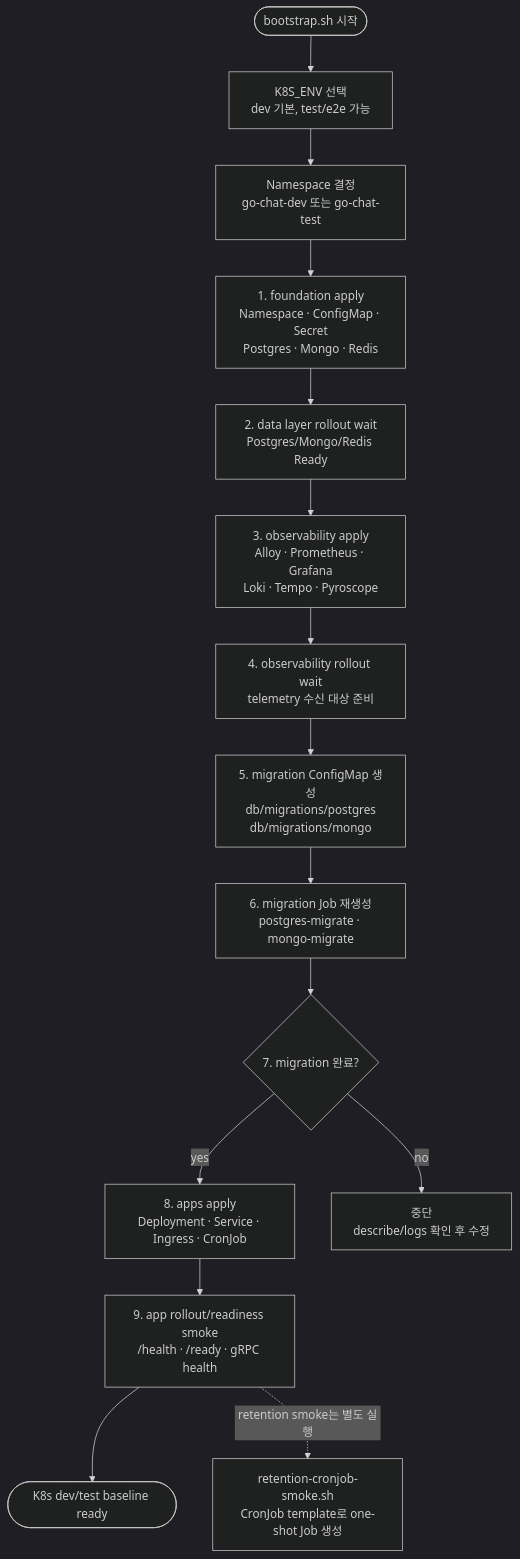
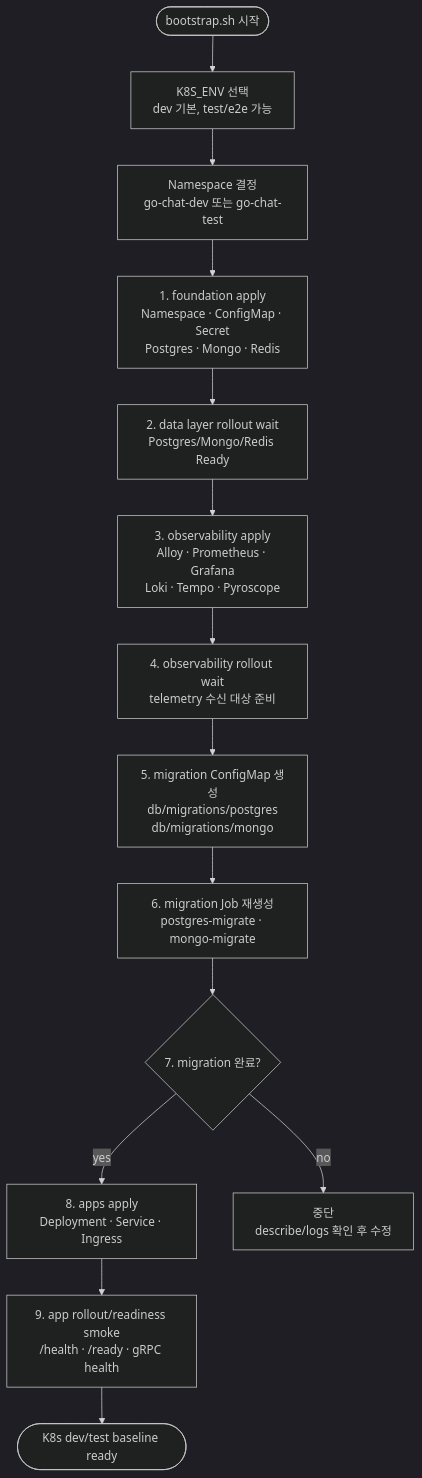
Before and after one commit to happyhun/go-chat-msa: the diagram in docs/diagrams/flow-k8s-bootstrap.mmd, drawn with Mermaid (dark theme). The commit also changed 9 other files, not shown here.

```diff
--- a/docs/diagrams/flow-k8s-bootstrap.mmd
+++ b/docs/diagrams/flow-k8s-bootstrap.mmd
@@ -1,28 +1,26 @@
 flowchart TB
     Start([bootstrap.sh 시작])
 
     Env["K8S_ENV 선택<br/>dev 기본, test/e2e 가능"]
     NS["Namespace 결정<br/>go-chat-dev 또는 go-chat-test"]
 
     Foundation["1. foundation apply<br/>Namespace · ConfigMap · Secret<br/>Postgres · Mongo · Redis"]
     DataWait["2. data layer rollout wait<br/>Postgres/Mongo/Redis Ready"]
 
     Observability["3. observability apply<br/>Alloy · Prometheus · Grafana<br/>Loki · Tempo · Pyroscope"]
     ObsWait["4. observability rollout wait<br/>telemetry 수신 대상 준비"]
 
     MigrationCM["5. migration ConfigMap 생성<br/>db/migrations/postgres<br/>db/migrations/mongo"]
     MigrationJob["6. migration Job 재생성<br/>postgres-migrate · mongo-migrate"]
     MigrationWait{"7. migration 완료?"}
 
-    Apps["8. apps apply<br/>Deployment · Service · Ingress · CronJob"]
+    Apps["8. apps apply<br/>Deployment · Service · Ingress"]
     AppWait["9. app rollout/readiness smoke<br/>/health · /ready · gRPC health"]
     Done([K8s dev/test baseline ready])
 
     Fail["중단<br/>describe/logs 확인 후 수정"]
 
     Start --> Env --> NS --> Foundation --> DataWait --> Observability --> ObsWait
     ObsWait --> MigrationCM --> MigrationJob --> MigrationWait
     MigrationWait -- "yes" --> Apps --> AppWait --> Done
     MigrationWait -- "no" --> Fail
-
-    AppWait -. "retention smoke는 별도 실행" .-> Retention["retention-cronjob-smoke.sh<br/>CronJob template로 one-shot Job 생성"]
```
